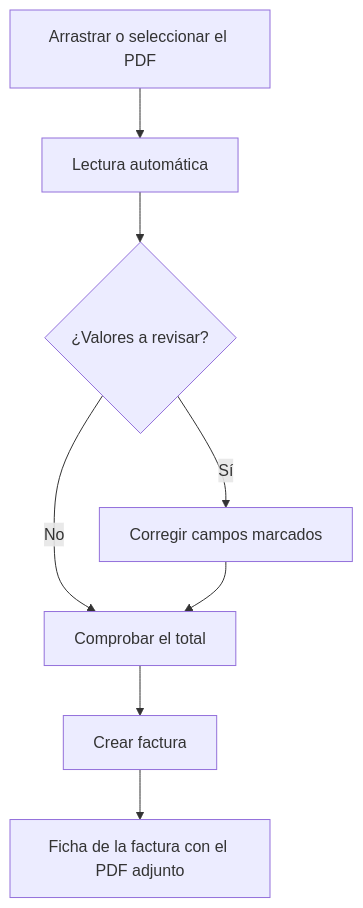
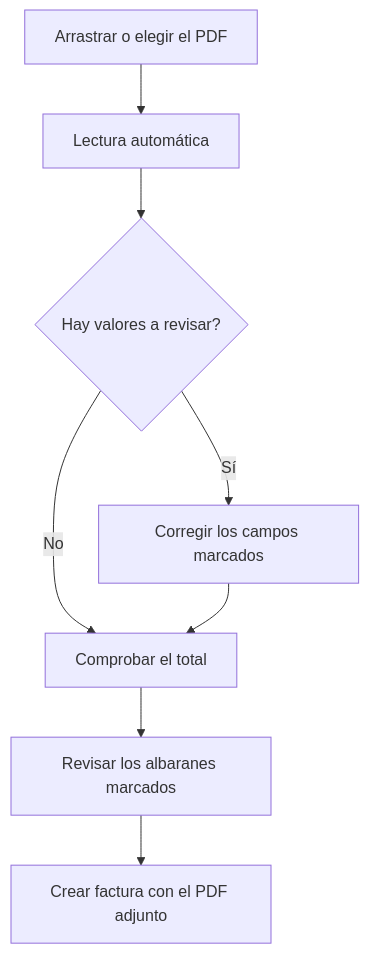
Before and after one commit to MGurtD/lilith: the diagram in frontend/src/help/es/purchase/purchaseinvoice/import.md, drawn with Mermaid. The commit also changed other lines of this file and 331 other files, not shown here.

````diff
--- a/frontend/src/help/es/purchase/purchaseinvoice/import.md
+++ b/frontend/src/help/es/purchase/purchaseinvoice/import.md
@@ -52,10 +55,10 @@
 ```mermaid
 flowchart TD
-    A[Arrastrar o seleccionar el PDF] --> B[Lectura automática]
-    B --> C{¿Valores a revisar?}
-    C -->|Sí| D[Corregir campos marcados]
+    A[Arrastrar o elegir el PDF] --> B[Lectura automática]
+    B --> C{Hay valores a revisar?}
+    C -->|Sí| D[Corregir los campos marcados]
     C -->|No| E[Comprobar el total]
     D --> E
-    E --> F[Crear factura]
-    F --> G[Ficha de la factura con el PDF adjunto]
+    E --> F[Revisar los albaranes marcados]
+    F --> G[Crear factura con el PDF adjunto]
 ```
````
